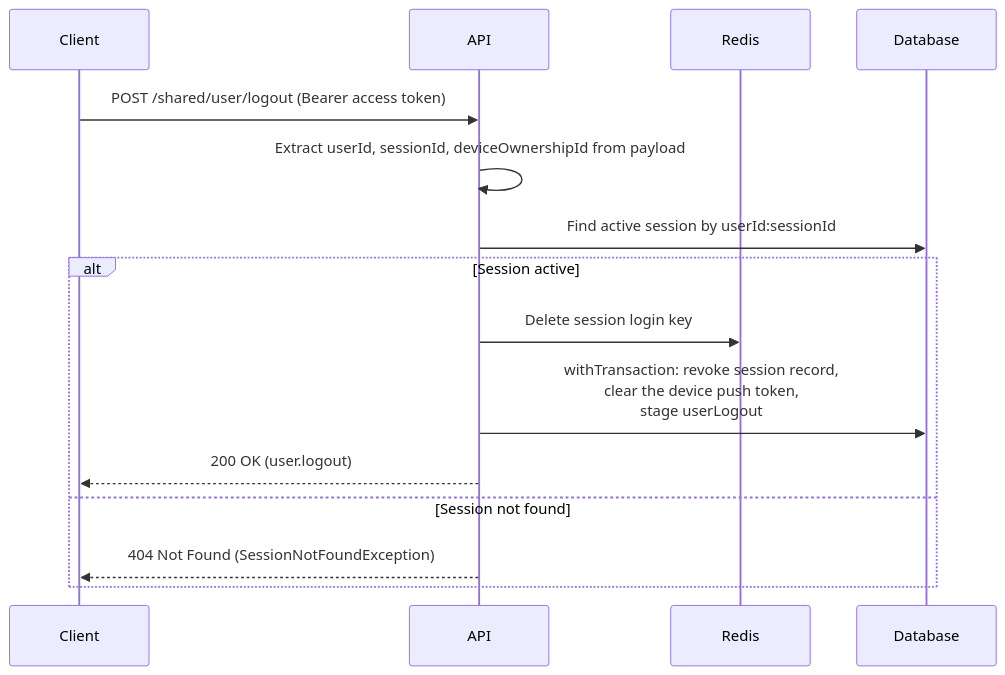
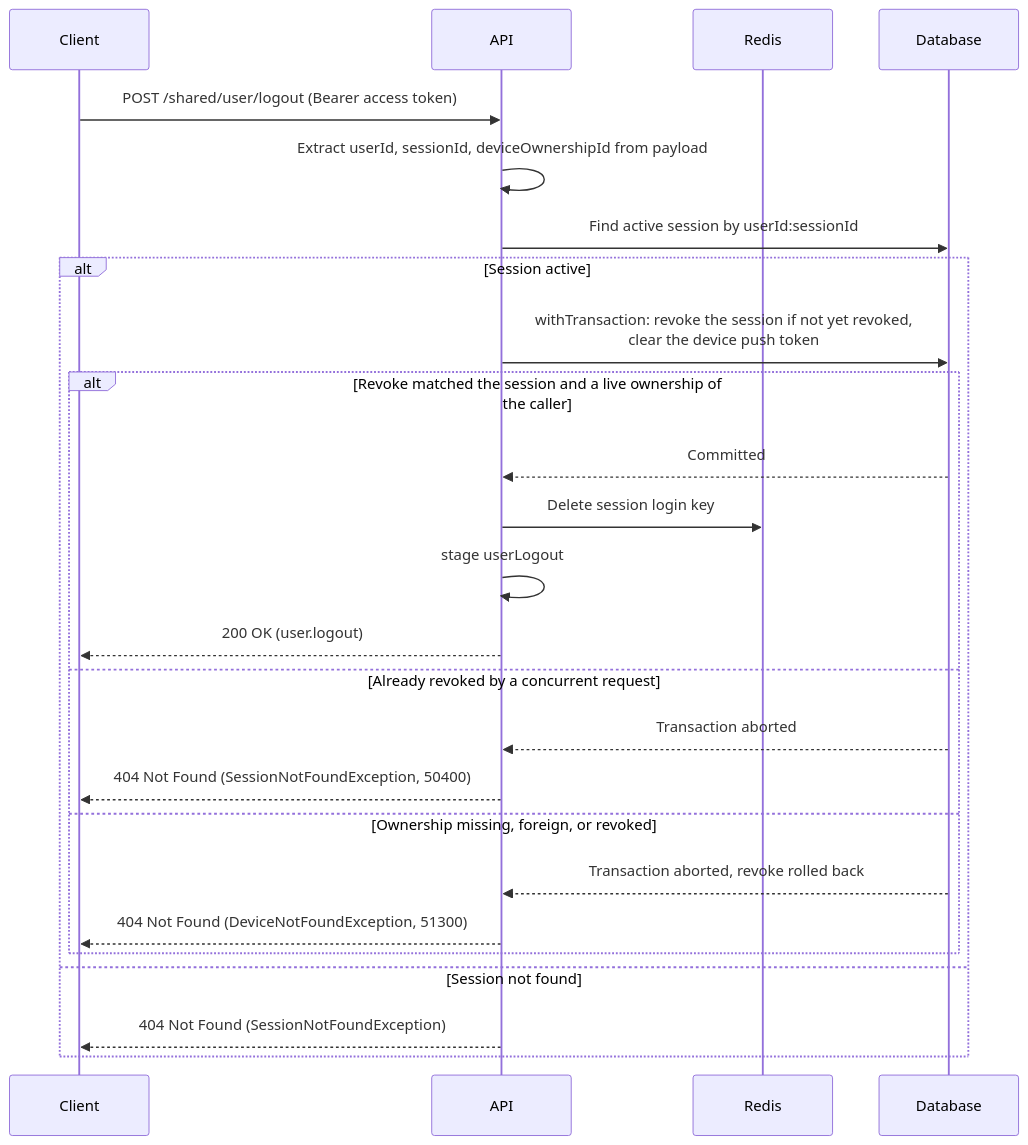
One commit to andrechristikan/ack-nestjs-boilerplate changed the fifth of 10 diagrams in docs/authentication.md. Above: the diagram before and after it, drawn with Mermaid. The commit also changed other lines of this file and 141 other files, not shown here.

Commit message:
refactor: Harden session revoke order, repository transactions and device ownership

````diff
--- a/docs/authentication.md
+++ b/docs/authentication.md
@@ -363,18 +377,28 @@
 ```mermaid
 sequenceDiagram
     participant Client
     participant API
     participant Redis
     participant Database
 
     Client->>API: POST /shared/user/logout (Bearer access token)
     API->>API: Extract userId, sessionId, deviceOwnershipId from payload
     API->>Database: Find active session by userId:sessionId
     alt Session active
-        API->>Redis: Delete session login key
-        API->>Database: withTransaction: revoke session record,<br/>clear the device push token,<br/>stage userLogout
-        API-->>Client: 200 OK (user.logout)
+        API->>Database: withTransaction: revoke the session if not yet revoked,<br/>clear the device push token
+        alt Revoke matched the session and a live ownership of the caller
+            Database-->>API: Committed
+            API->>Redis: Delete session login key
+            API->>API: stage userLogout
+            API-->>Client: 200 OK (user.logout)
+        else Already revoked by a concurrent request
+            Database-->>API: Transaction aborted
+            API-->>Client: 404 Not Found (SessionNotFoundException, 50400)
+        else Ownership missing, foreign, or revoked
+            Database-->>API: Transaction aborted, revoke rolled back
+            API-->>Client: 404 Not Found (DeviceNotFoundException, 51300)
+        end
     else Session not found
         API-->>Client: 404 Not Found (SessionNotFoundException)
     end
 ```
````
